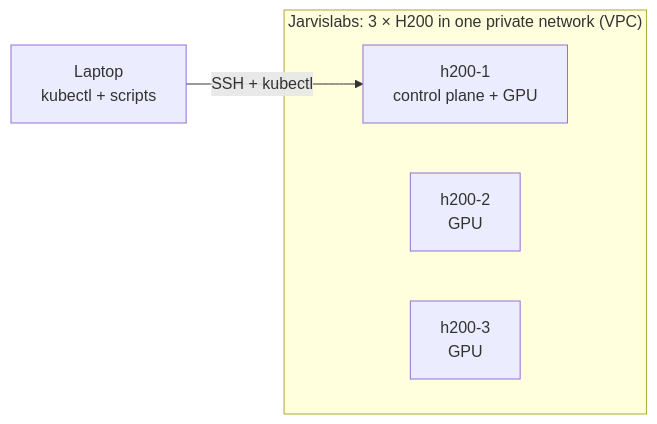
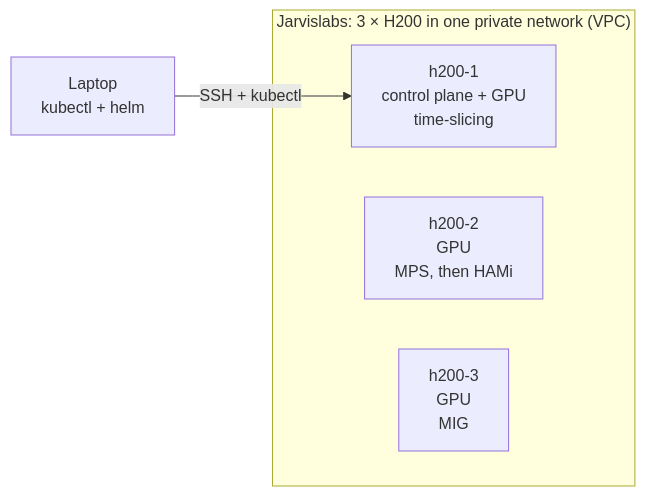
The diagram in docs/codelabs/jarvislabs-demo.md (Sagar2366/gke-gpu-sharing-workshop), drawn with Mermaid before and after one commit. The commit also changed other lines of this file and 29 other files, not shown here.

Commit message:
Concepts + Lab 1 (kubeadm/Cilium, TS/MPS/MIG/HAMi, every command) + Lab 2 (HAMi on kind with fake GPUs)

````diff
--- a/docs/codelabs/jarvislabs-demo.md
+++ b/docs/codelabs/jarvislabs-demo.md
@@ -35,9 +39,9 @@
 ```mermaid
 flowchart LR
-  L["Laptop<br/>kubectl + scripts"] -- "SSH + kubectl" --> CP
+  L["Laptop<br/>kubectl + helm"] -- "SSH + kubectl" --> CP
   subgraph JL["Jarvislabs: 3 × H200 in one private network (VPC)"]
-    CP["h200-1<br/>control plane + GPU"]
-    N2["h200-2<br/>GPU"]
-    N3["h200-3<br/>GPU"]
+    CP["h200-1<br/>control plane + GPU<br/>time-slicing"]
+    N2["h200-2<br/>GPU<br/>MPS, then HAMi"]
+    N3["h200-3<br/>GPU<br/>MIG"]
   end
 ```
````
